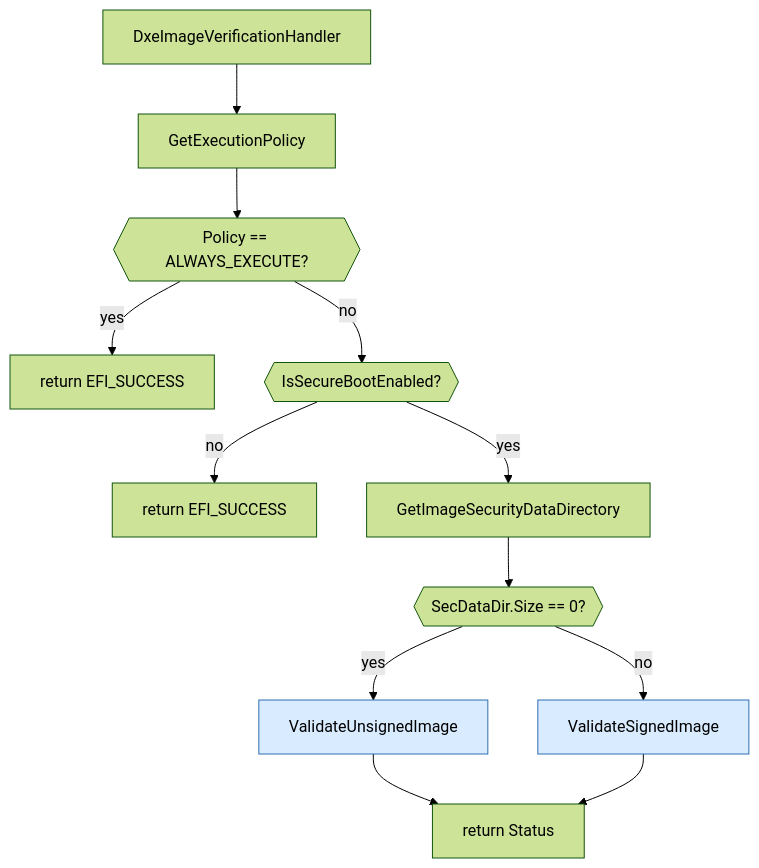
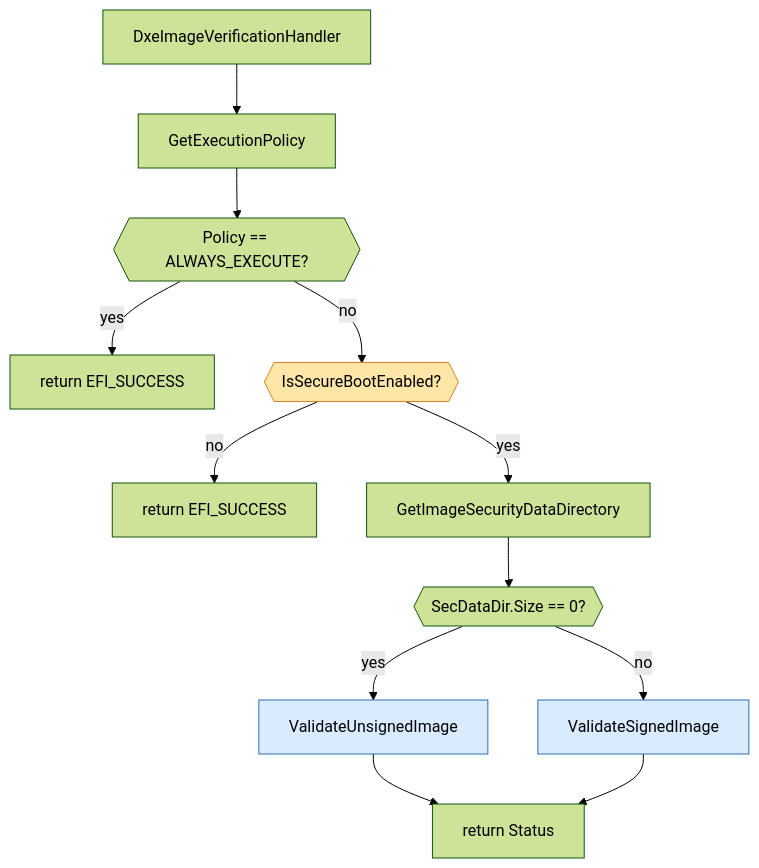
Before and after one commit to Javagedes/mu_basecore: the first of 5 diagrams in SecurityPkg/Library/DxeImageVerificationLib2/LibraryFlow.md, drawn with Mermaid (forest theme). The commit also changed other lines of this file and 6 other files, not shown here.

````diff
--- a/SecurityPkg/Library/DxeImageVerificationLib2/LibraryFlow.md
+++ b/SecurityPkg/Library/DxeImageVerificationLib2/LibraryFlow.md
@@ -18,17 +18,19 @@
 ```mermaid
 flowchart TD
     A[DxeImageVerificationHandler] --> C[GetExecutionPolicy]
     C --> D{{Policy == ALWAYS_EXECUTE?}}
     D -- yes --> D1[return EFI_SUCCESS]
     D -- no  --> E{{IsSecureBootEnabled?}}
     E -- no  --> E1[return EFI_SUCCESS]
     E -- yes --> F[GetImageSecurityDataDirectory]
     F --> G{{SecDataDir.Size == 0?}}
     G -- yes --> H[ValidateUnsignedImage]
     G -- no  --> I[ValidateSignedImage]
     H --> Z[return Status]
     I --> Z
 
     classDef drill fill:#d9ecff,stroke:#2f6fb2,color:#000;
     class H,I drill;
+    classDef crypto fill:#ffe6a7,stroke:#d9822b,color:#000;
+    class E crypto;
 ```
````
